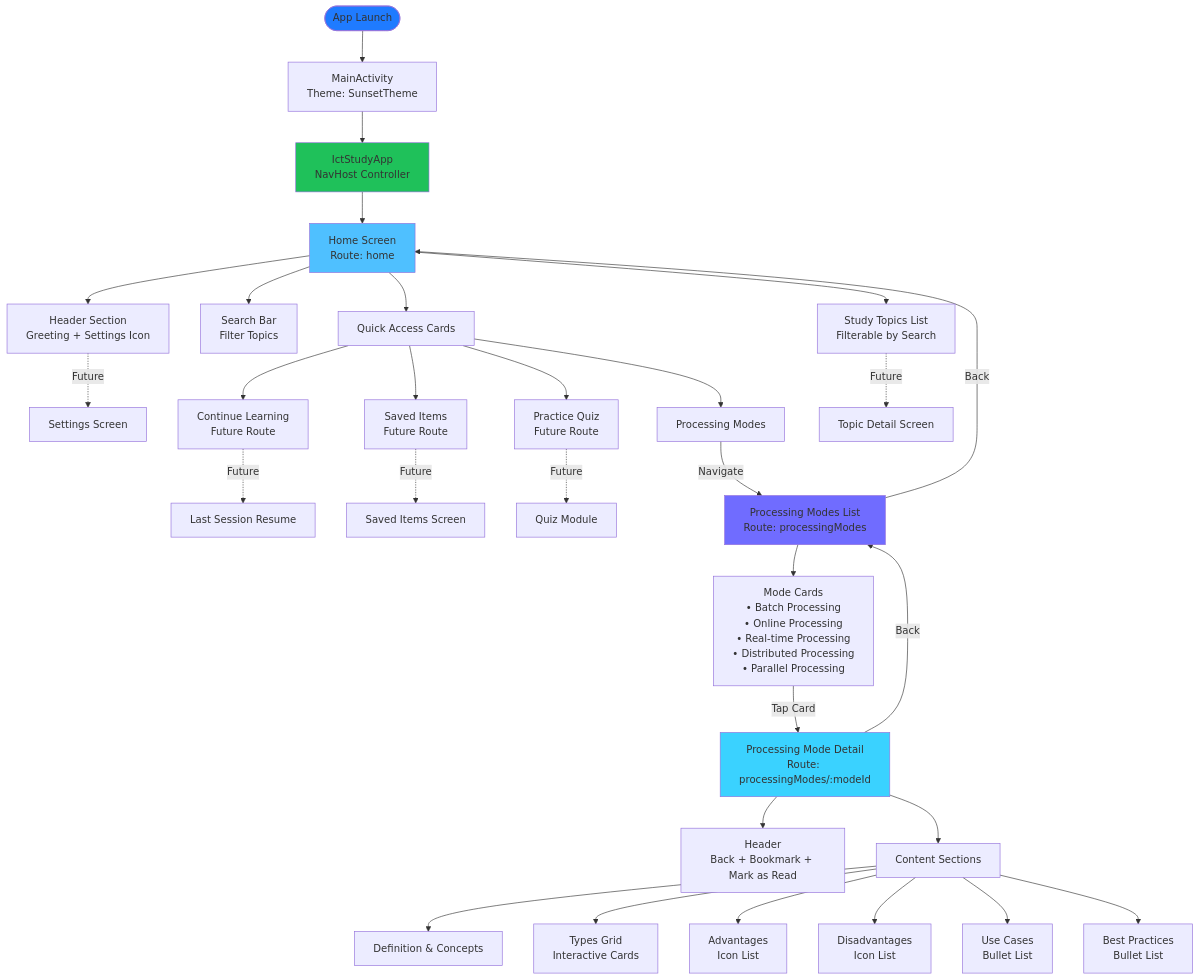
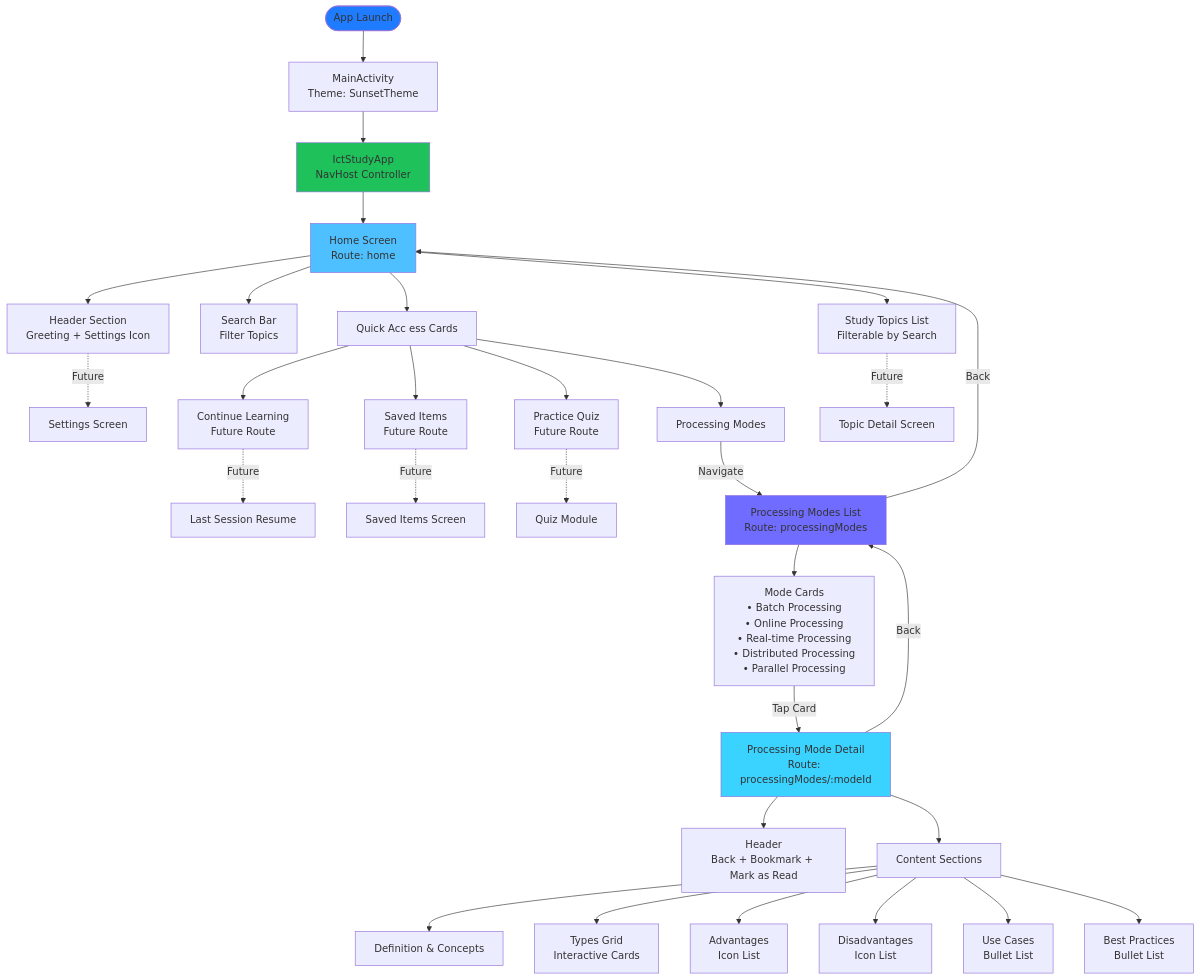
Before and after one commit to tseminghong/sunset: the first of 6 diagrams in docs/app-design-flow.md, drawn with Mermaid. The commit also changed 3 other files, not shown here.

````diff
--- a/docs/app-design-flow.md
+++ b/docs/app-design-flow.md
@@ -9,53 +9,53 @@
 ```mermaid
 flowchart TD
     Start([App Launch]) --> MainActivity[MainActivity<br/>Theme: SunsetTheme]
     MainActivity --> NavHost[IctStudyApp<br/>NavHost Controller]
     
     NavHost --> Home[Home Screen<br/>Route: home]
     
     %% Home Screen Components
     Home --> HomeHeader[Header Section<br/>Greeting + Settings Icon]
     Home --> SearchBar[Search Bar<br/>Filter Topics]
-    Home --> QuickAccess[Quick Access Cards]
+    Home --> QuickAccess[Quick Acc  ess Cards]
     Home --> TopicsList[Study Topics List<br/>Filterable by Search]
     
     %% Quick Access Actions
     QuickAccess --> QA1[Continue Learning<br/>Future Route]
     QuickAccess --> QA2[Saved Items<br/>Future Route]
     QuickAccess --> QA3[Practice Quiz<br/>Future Route]
     QuickAccess --> QA4[Processing Modes]
     
     QA4 -->|Navigate| ProcessingList[Processing Modes List<br/>Route: processingModes]
     
     %% Processing Modes List
     ProcessingList --> PMList[Mode Cards<br/>• Batch Processing<br/>• Online Processing<br/>• Real-time Processing<br/>• Distributed Processing<br/>• Parallel Processing]
     
     PMList -->|Tap Card| ProcessingDetail[Processing Mode Detail<br/>Route: processingModes/:modeId]
     
     %% Processing Mode Detail Sections
     ProcessingDetail --> DetailHeader[Header<br/>Back + Bookmark + Mark as Read]
     ProcessingDetail --> DetailSections[Content Sections]
     
     DetailSections --> Def[Definition & Concepts]
     DetailSections --> Types[Types Grid<br/>Interactive Cards]
     DetailSections --> Adv[Advantages<br/>Icon List]
     DetailSections --> Dis[Disadvantages<br/>Icon List]
     DetailSections --> Use[Use Cases<br/>Bullet List]
     DetailSections --> Best[Best Practices<br/>Bullet List]
     
     ProcessingDetail -->|Back| ProcessingList
     ProcessingList -->|Back| Home
     
     %% Future Routes
     TopicsList -.->|Future| TopicDetail[Topic Detail Screen]
     QA1 -.->|Future| LastSession[Last Session Resume]
     QA2 -.->|Future| SavedScreen[Saved Items Screen]
     QA3 -.->|Future| QuizScreen[Quiz Module]
     HomeHeader -.->|Future| SettingsScreen[Settings Screen]
     
     style Start fill:#1F7BFF
     style Home fill:#4FC0FF
     style ProcessingList fill:#706CFF
     style ProcessingDetail fill:#3AD2FF
     style NavHost fill:#1FC15A
 ```
````
